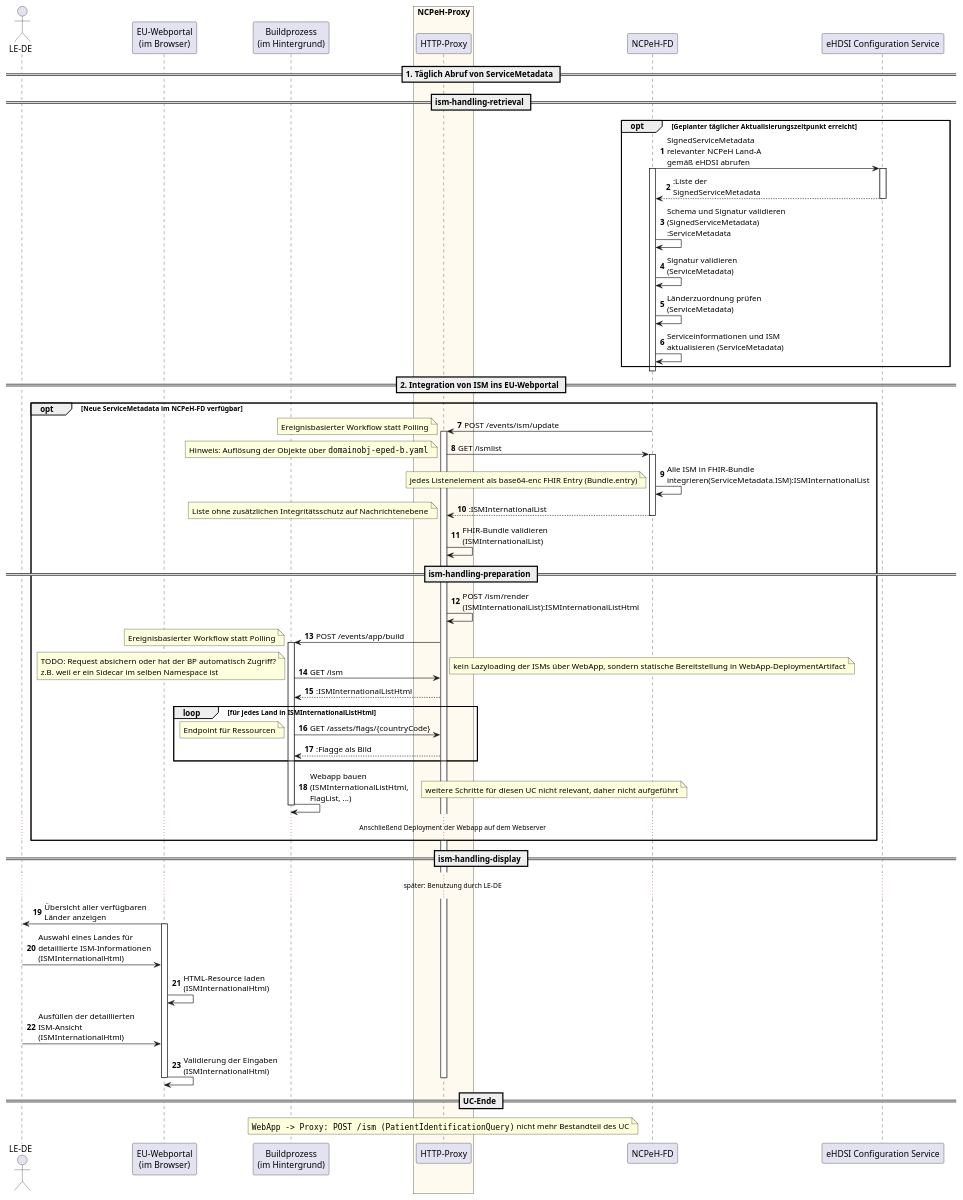
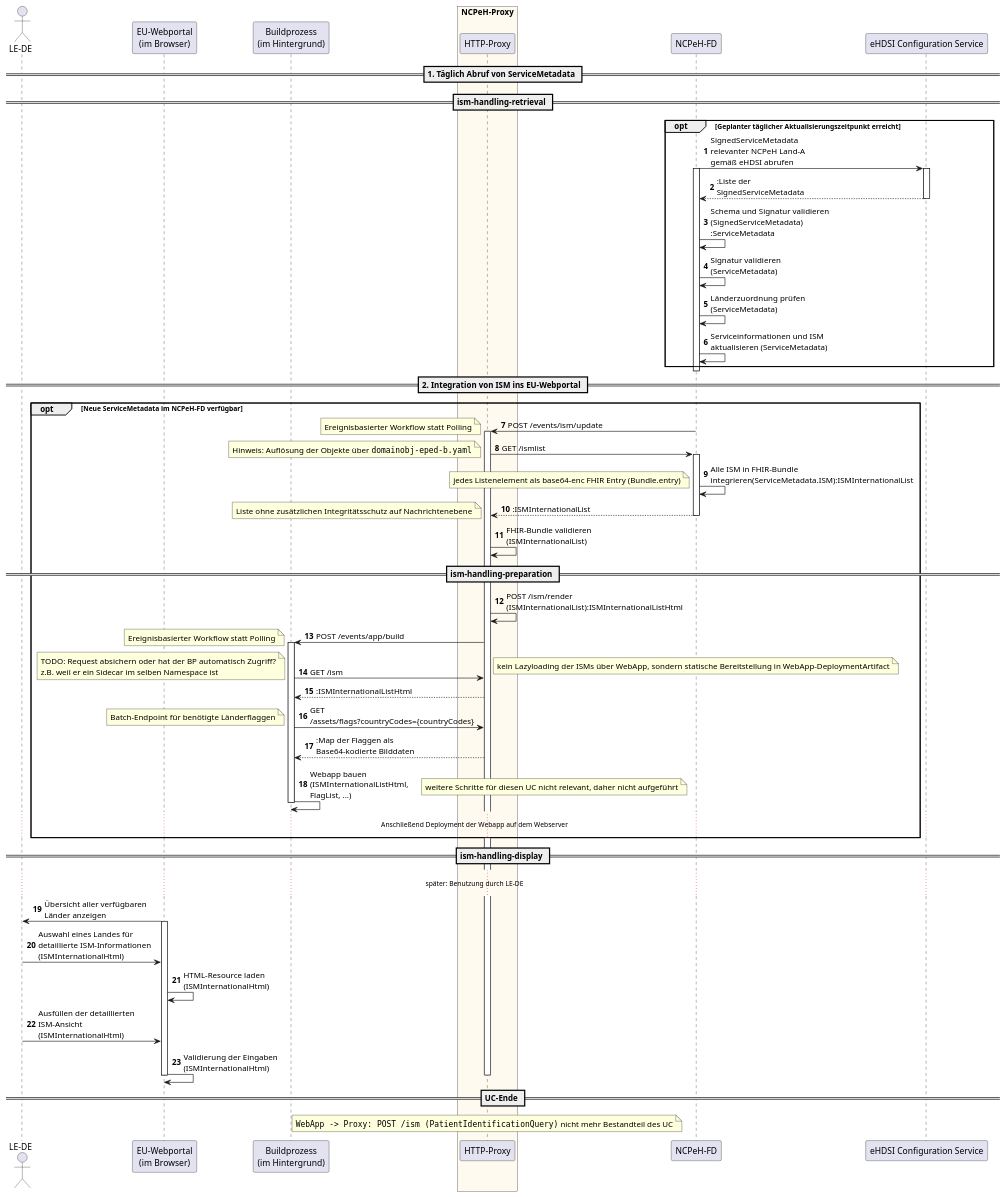
The diagram in src/images/feature/eped-b/functional/ISM_bereitstellen_detailed.puml (gematik/api-ncpeh), drawn with PlantUML before and after one commit.

Commit message:
fix/ism-specification-contract: Align flag retrieval diagram

```diff
--- a/src/images/feature/eped-b/functional/ISM_bereitstellen_detailed.puml
+++ b/src/images/feature/eped-b/functional/ISM_bereitstellen_detailed.puml
@@ -1,89 +1,87 @@
 @startuml ISM bereitstellen (detailliert)
 
 skinparam maxMessageSize 200
 autonumber
 
 actor "LE-DE" as User
 
 participant "EU-Webportal\n(im Browser)" as WebApp
 participant "Buildprozess\n(im Hintergrund)" as Buildprozess
 
 box "NCPeH-Proxy" #FloralWhite
     participant "HTTP-Proxy" as Proxy
 end box
 participant "NCPeH-FD" as NCPeH
 participant "eHDSI Configuration Service" as ConfServ
 
 == 1. Täglich Abruf von ServiceMetadata ==
 == ism-handling-retrieval ==
 
 opt Geplanter täglicher Aktualisierungszeitpunkt erreicht
     NCPeH -> ConfServ: SignedServiceMetadata relevanter NCPeH Land-A gemäß eHDSI abrufen
     activate NCPeH 
     activate ConfServ
 
     ConfServ --> NCPeH: :Liste der SignedServiceMetadata
     deactivate ConfServ
 
     NCPeH -> NCPeH: Schema und Signatur validieren (SignedServiceMetadata) :ServiceMetadata
     NCPeH -> NCPeH: Signatur validieren (ServiceMetadata)
     NCPeH -> NCPeH: Länderzuordnung prüfen (ServiceMetadata)
     NCPeH -> NCPeH: Serviceinformationen und ISM aktualisieren (ServiceMetadata)
 end
 deactivate NCPeH
 
 == 2. Integration von ISM ins EU-Webportal ==
 
 opt Neue ServiceMetadata im NCPeH-FD verfügbar
     NCPeH -> Proxy: POST /events/ism/update
     note left: Ereignisbasierter Workflow statt Polling
     activate Proxy
     Proxy -> NCPeH: GET /ismlist
     activate NCPeH
     note left: Hinweis: Auflösung der Objekte über ""domainobj-eped-b.yaml""
     NCPeH -> NCPeH: Alle ISM in FHIR-Bundle integrieren(ServiceMetadata.ISM):ISMInternationalList
     note left: jedes Listenelement als base64-enc FHIR Entry (Bundle.entry)
     NCPeH --> Proxy: :ISMInternationalList
     note left: Liste ohne zusätzlichen Integritätsschutz auf Nachrichtenebene
     deactivate NCPeH
     Proxy -> Proxy: FHIR-Bundle validieren (ISMInternationalList)
 
 == ism-handling-preparation ==
     Proxy -> Proxy: POST /ism/render (ISMInternationalList):ISMInternationalListHtml
     'WebApp -> Proxy: POST /ism (ism_international_specific_html)
     
     Proxy -> Buildprozess: POST /events/app/build
     note left: Ereignisbasierter Workflow statt Polling
     activate Buildprozess
         Buildprozess -> Proxy: GET /ism
         note right: kein Lazyloading der ISMs über WebApp, sondern statische Bereitstellung in WebApp-DeploymentArtifact
         note left: TODO: Request absichern oder hat der BP automatisch Zugriff?\nz.B. weil er ein Sidecar im selben Namespace ist
         Proxy --> Buildprozess: :ISMInternationalListHtml
         
-        loop für jedes Land in ISMInternationalListHtml
-            Buildprozess -> Proxy: GET /assets/flags/{countryCode}
-            note left: Endpoint für Ressourcen
-            Proxy --> Buildprozess: :Flagge als Bild
-        end
+        Buildprozess -> Proxy: GET /assets/flags?countryCodes={countryCodes}
+        note left: Batch-Endpoint für benötigte Länderflaggen
+        Proxy --> Buildprozess: :Map der Flaggen als Base64-kodierte Bilddaten
         
         Buildprozess -> Buildprozess: Webapp bauen (ISMInternationalListHtml, FlagList, ...)
         note right: weitere Schritte für diesen UC nicht relevant, daher nicht aufgeführt
     deactivate Buildprozess
     ... Anschließend Deployment der Webapp auf dem Webserver ...
 end
 
 == ism-handling-display ==
     ... später: Benutzung durch LE-DE ...
     WebApp -> User: Übersicht aller verfügbaren Länder anzeigen
     activate WebApp
     User -> WebApp: Auswahl eines Landes für detaillierte ISM-Informationen (ISMInternationalHtml)
     WebApp -> WebApp: HTML-Resource laden (ISMInternationalHtml)
     User -> WebApp: Ausfüllen der detaillierten ISM-Ansicht (ISMInternationalHtml)
     WebApp -> WebApp: Validierung der Eingaben (ISMInternationalHtml)
     deactivate WebApp
 
 == UC-Ende ==
     note over Proxy: ""WebApp -> Proxy: POST /ism (PatientIdentificationQuery)"" nicht mehr Bestandteil des UC 
 
 deactivate Proxy
 @enduml
```
